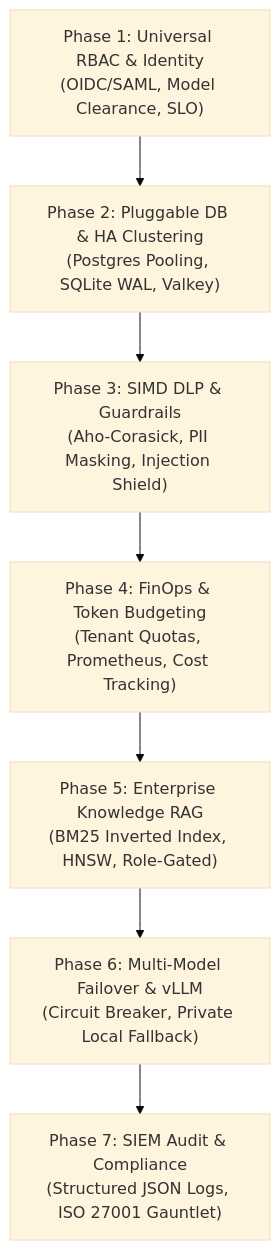
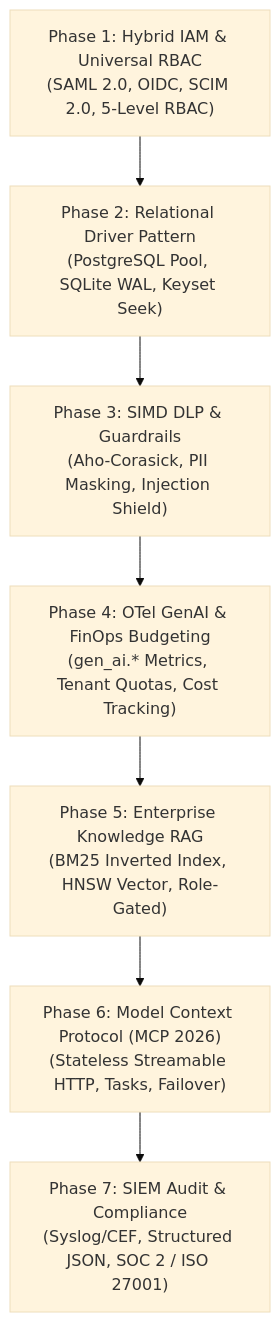
The diagram in docs/roadmap/00_ROADMAP_OVERVIEW.md (ihkaru/lumis), drawn with Mermaid (base theme) before and after one commit. The commit also changed other lines of this file and 30 other files, not shown here.

Commit message:
feat(phase-1-2): implement Hybrid IAM RBAC & Relational Driver Pattern with full test gauntlet

````diff
--- a/docs/roadmap/00_ROADMAP_OVERVIEW.md
+++ b/docs/roadmap/00_ROADMAP_OVERVIEW.md
@@ -19,9 +24,9 @@
 ```mermaid
 flowchart TD
-    P1["Phase 1: Universal RBAC & Identity\n(OIDC/SAML, Model Clearance, SLO)"] --> P2["Phase 2: Pluggable DB & HA Clustering\n(Postgres Pooling, SQLite WAL, Valkey)"]
+    P1["Phase 1: Hybrid IAM & Universal RBAC\n(SAML 2.0, OIDC, SCIM 2.0, 5-Level RBAC)"] --> P2["Phase 2: Relational Driver Pattern\n(PostgreSQL Pool, SQLite WAL, Keyset Seek)"]
     P2 --> P3["Phase 3: SIMD DLP & Guardrails\n(Aho-Corasick, PII Masking, Injection Shield)"]
-    P3 --> P4["Phase 4: FinOps & Token Budgeting\n(Tenant Quotas, Prometheus, Cost Tracking)"]
-    P4 --> P5["Phase 5: Enterprise Knowledge RAG\n(BM25 Inverted Index, HNSW, Role-Gated)"]
-    P5 --> P6["Phase 6: Multi-Model Failover & vLLM\n(Circuit Breaker, Private Local Fallback)"]
-    P6 --> P7["Phase 7: SIEM Audit & Compliance\n(Structured JSON Logs, ISO 27001 Gauntlet)"]
+    P3 --> P4["Phase 4: OTel GenAI & FinOps Budgeting\n(gen_ai.* Metrics, Tenant Quotas, Cost Tracking)"]
+    P4 --> P5["Phase 5: Enterprise Knowledge RAG\n(BM25 Inverted Index, HNSW Vector, Role-Gated)"]
+    P5 --> P6["Phase 6: Model Context Protocol (MCP 2026)\n(Stateless Streamable HTTP, Tasks, Failover)"]
+    P6 --> P7["Phase 7: SIEM Audit & Compliance\n(Syslog/CEF, Structured JSON, SOC 2 / ISO 27001)"]
 ```
````
